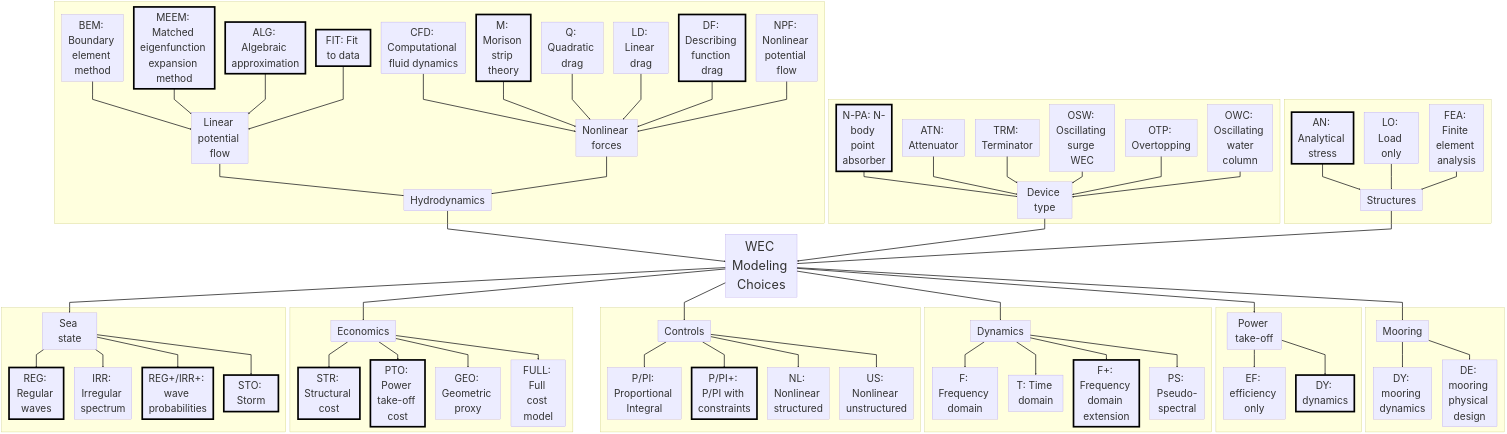
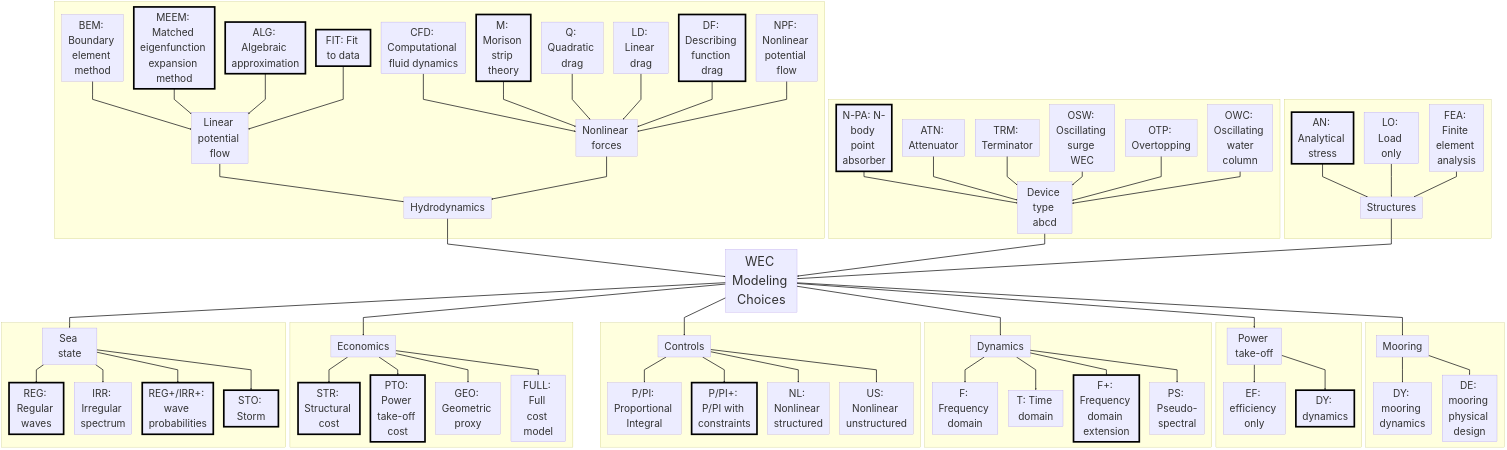
One commit to symbiotic-engineering/MDOcean changed the diagram in mdocean/plots/non_matlab_figs/taxonomy.mmd. Above: the diagram before and after it, drawn with Mermaid.

Commit message:
add abcd to mermaid diagram

```diff
--- a/mdocean/plots/non_matlab_figs/taxonomy.mmd
+++ b/mdocean/plots/non_matlab_figs/taxonomy.mmd
@@ -1,150 +1,150 @@
 %%{init: {
   "flowchart": {
     "curve": "linear"
     },
   "themeVariables": {
     "fontSize": "48px"
   }
 }}%%
 flowchart TB
     Parent["WEC Modeling Choices"]
 
     SpacerL[" "] --- Parent --- SpacerR[" "]
 
 %% connections to parent
     ChildA --> Parent
     Device --> Parent
     ChildC --> Parent
 
     Parent --> PTO
     Parent --> ChildB
     Parent --> Controls
     Parent --> ChildD
     Parent --> ChildE
     Parent --> Mooring
 
 %% device typeset
 subgraph device[" "]
-    Device["Device type "]
+    Device["Device type abcd"]
 
     PA["N-PA: N-body point absorber"] --> Device
     ATN["ATN: Attenuator"] --> Device
     TRM["TRM: Terminator"] --> Device
     OSW["OSW: Oscillating surge WEC"] --> Device
     OTP["OTP: Overtopping"] --> Device
     OWC["OWC: Oscillating  water column"] --> Device
 end
 
 %% mooring
 subgraph mooring[" "]
     Mooring["Mooring"]
 
     Mooring --> DYN["DY: mooring dynamics"]
     Mooring --> DES["DE: mooring physical design"]
 end
 
 %% powertrain
 subgraph pto[" "]
     PTO["Power take-off"]
 
     PTO --> EFF["EF: efficiency only"]
     PTO --> PTODYN["DY: dynamics"]
 end
 
 %% HYDRODYNAMICS (top subgraph, arrows corrected upward)
 subgraph H[" "]
     ChildA["Hydrodynamics"]
 
     B1["Linear potential flow"] --> ChildA
     B3["Nonlinear forces"] --> ChildA
 
     BEM["BEM: Boundary element method"] --> B1
     MEEM["MEEM: Matched eigenfunction expansion method"] --> B1
     ALG["ALG: Algebraic approximation"] --> B1
     FIT["FIT: Fit to data"] --> B1
 
     CFD["CFD: Computational fluid dynamics"] --> B3
     M["M: Morison strip theory"] --> B3
     Q["Q: Quadratic drag"] --> B3
     LD["LD: Linear drag"] --> B3
     DF["DF: Describing function drag"] --> B3
     NPF["NPF: Nonlinear potential flow"] --> B3
 end
 
 %% DYNAMICS (top subgraph, arrows corrected upward)
 subgraph DY[" "]
     ChildB["Dynamics"]
 
     ChildB --> A1["F: Frequency domain"]
     ChildB --> A2["T: Time domain"]
     ChildB --> Fplus["F+: Frequency domain extension"]
     ChildB --> A4["PS: Pseudo-spectral"]
 end
 
 %% CONTROLS (top subgraph, arrows corrected upward)
 subgraph C[" "]
     Controls["Controls"]
     
     Controls --> CPI["P/PI: Proportional Integral"] 
     Controls --> Pplus["P/PI+: P/PI with constraints"]
     Controls --> NL["NL: Nonlinear structured"]
     Controls --> US["US: Nonlinear unstructured"]
 end
 
 %% STRUCTURES (bottom subgraph, flow top-to-bottom)
 subgraph S[" "]
     ChildC["Structures"]
 
     AN["AN: Analytical stress"] --> ChildC
     LO["LO: Load only"] --> ChildC
     FEA["FEA: Finite element analysis"] --> ChildC
 end
 
 %% ECONOMICS (bottom subgraph, flow top-to-bottom)
 subgraph E[" "]
     ChildD["Economics"]
 
     ChildD --> STR["STR: Structural cost"]
     ChildD --> PTOecon["PTO: Power take-off cost"]
     ChildD --> GEO["GEO: Geometric proxy"]
     ChildD --> D4["FULL: Full cost model"]
 end
 
 %% SEA STATE (bottom subgraph, flow top-to-bottom)
 subgraph SS[" "]
     ChildE["Sea state"]
 
     ChildE --> REG["REG: Regular waves"]
     ChildE --> IRR["IRR: Irregular spectrum"]
     ChildE --> JOINT["REG+/IRR+: wave probabilities"]
     ChildE --> STO["STO: Storm"]
 end
 
 linkStyle 2,3,4,5,6,7,8,9,10,11,12,13,14,15,16,17,18,19,20,21,22,23,24,25,26,27,28,29,30,31,32,33,34,35,36,37,38,39,40,41,42,43,44,45,46,47,48,49,50,51 stroke-width:4px
 
 linkStyle 0,1 stroke-width:0px
 
 %% Define a "thick" class
     classDef thick stroke-width:8px,stroke:#000
 
     class MEEM thick
     class DF thick
     class Pplus thick
     class REG thick
     class JOINT thick
     class STR thick
     class AN thick
     class M thick
     class PTOecon thick
     class STO thick
     class Fplus thick
     class ALG thick
     class FIT thick
     class PTODYN thick
     class PA thick
 
     classDef bigFont font-size:60px
     class Parent bigFont
 
     classDef hidden fill:none,stroke:none;
     class SpacerL,SpacerR hidden
```
